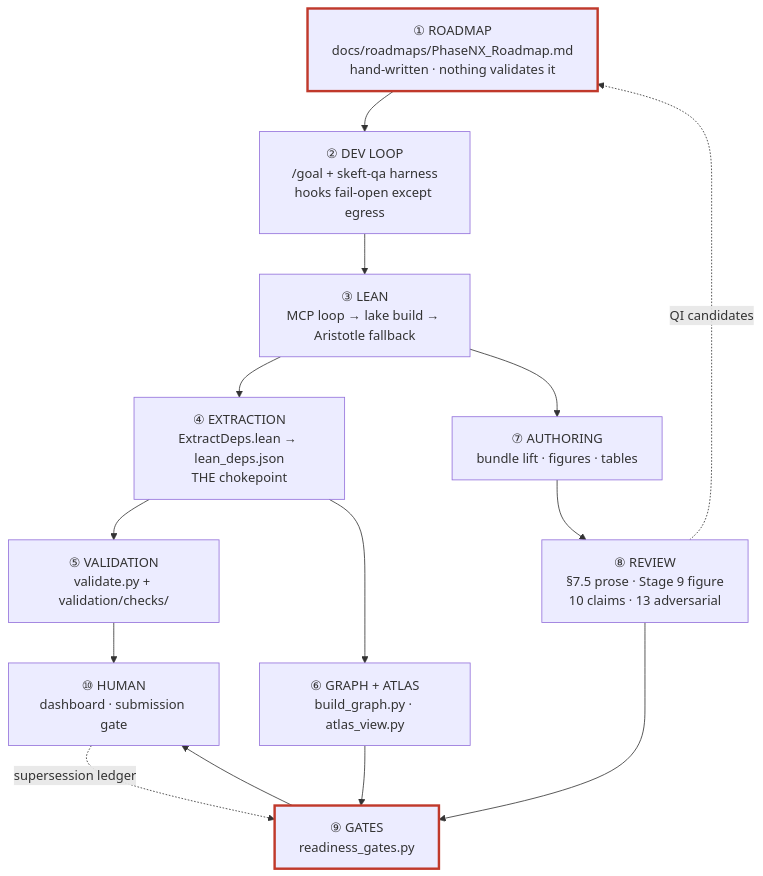
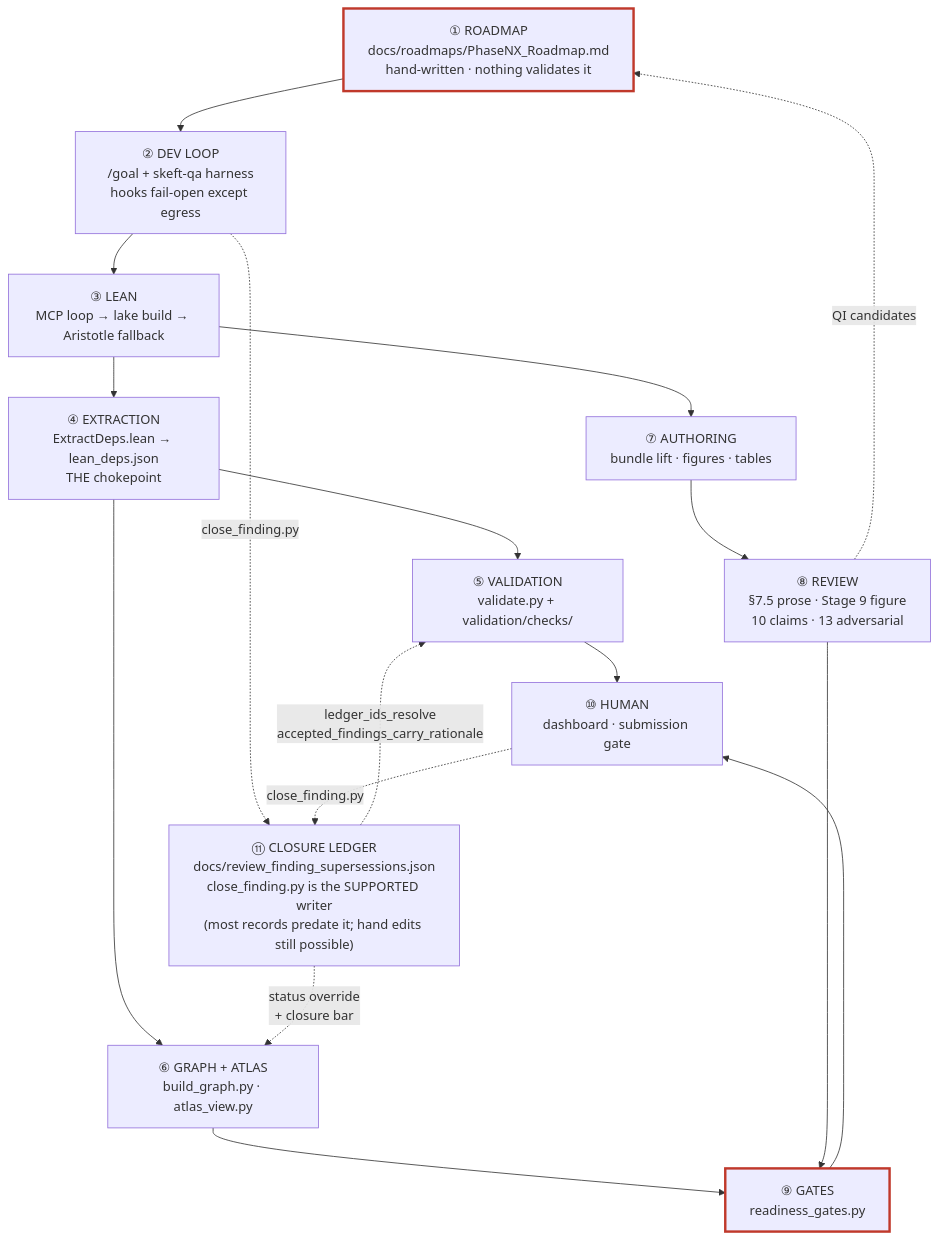
One commit to NetRxn/SK_EFT_Hawking changed the diagram in docs/architecture/END_TO_END_MAP.md. Above: the diagram before and after it, drawn with Mermaid. The commit also changed other lines of this file and 5 other files, not shown here.

````diff
--- a/docs/architecture/END_TO_END_MAP.md
+++ b/docs/architecture/END_TO_END_MAP.md
@@ -25,24 +25,28 @@
 ```mermaid
 flowchart TB
     RM["① ROADMAP<br/>docs/roadmaps/PhaseNX_Roadmap.md<br/>hand-written · nothing validates it"]
     GOAL["② DEV LOOP<br/>/goal + skeft-qa harness<br/>hooks fail-open except egress"]
     LEAN["③ LEAN<br/>MCP loop → lake build → Aristotle fallback"]
     EXT["④ EXTRACTION<br/>ExtractDeps.lean → lean_deps.json<br/>THE chokepoint"]
     VAL["⑤ VALIDATION<br/>validate.py + validation/checks/"]
     GRAPH["⑥ GRAPH + ATLAS<br/>build_graph.py · atlas_view.py"]
     PAPER["⑦ AUTHORING<br/>bundle lift · figures · tables"]
     REV["⑧ REVIEW<br/>§7.5 prose · Stage 9 figure<br/>10 claims · 13 adversarial"]
     GATE["⑨ GATES<br/>readiness_gates.py"]
     HUMAN["⑩ HUMAN<br/>dashboard · submission gate"]
+    LEDGER["⑪ CLOSURE LEDGER<br/>docs/review_finding_supersessions.json<br/>close_finding.py is the SUPPORTED writer<br/>(most records predate it; hand edits still possible)"]
 
     RM --> GOAL --> LEAN --> EXT
     EXT --> VAL & GRAPH
     GRAPH --> GATE
     LEAN --> PAPER --> REV --> GATE --> HUMAN
     VAL --> HUMAN
-    HUMAN -.->|"supersession ledger"| GATE
+    GOAL -.->|"close_finding.py"| LEDGER
+    HUMAN -.->|"close_finding.py"| LEDGER
+    LEDGER -.->|"status override<br/>+ closure bar"| GRAPH
+    LEDGER -.->|"ledger_ids_resolve<br/>accepted_findings_carry_rationale"| VAL
     REV -.->|"QI candidates"| RM
 
     classDef gap stroke:#c0392b,stroke-width:3px
     class RM,GATE gap
 ```
````
